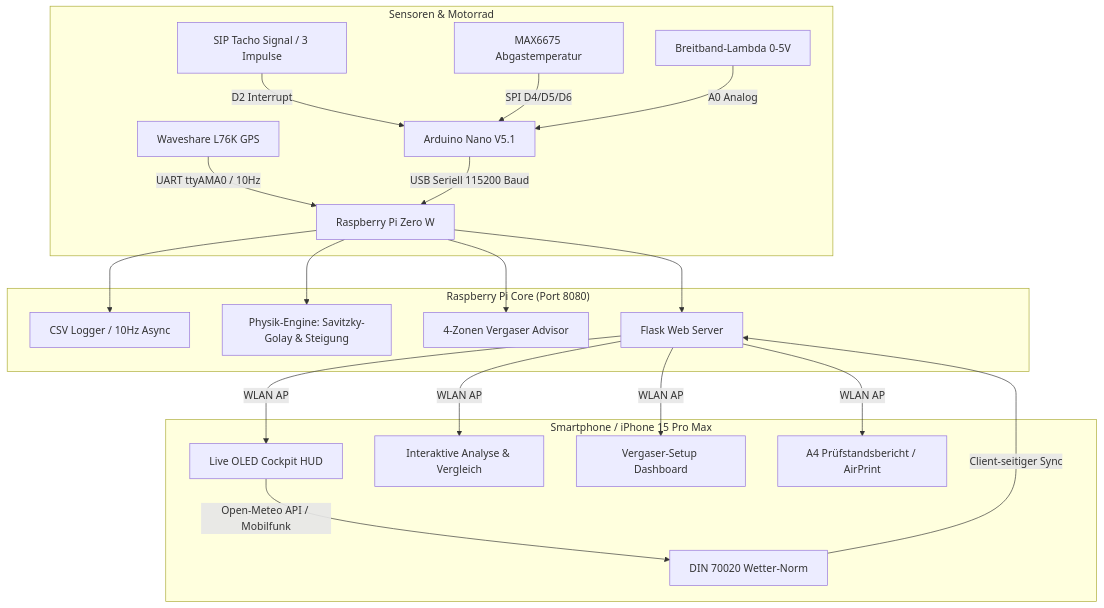
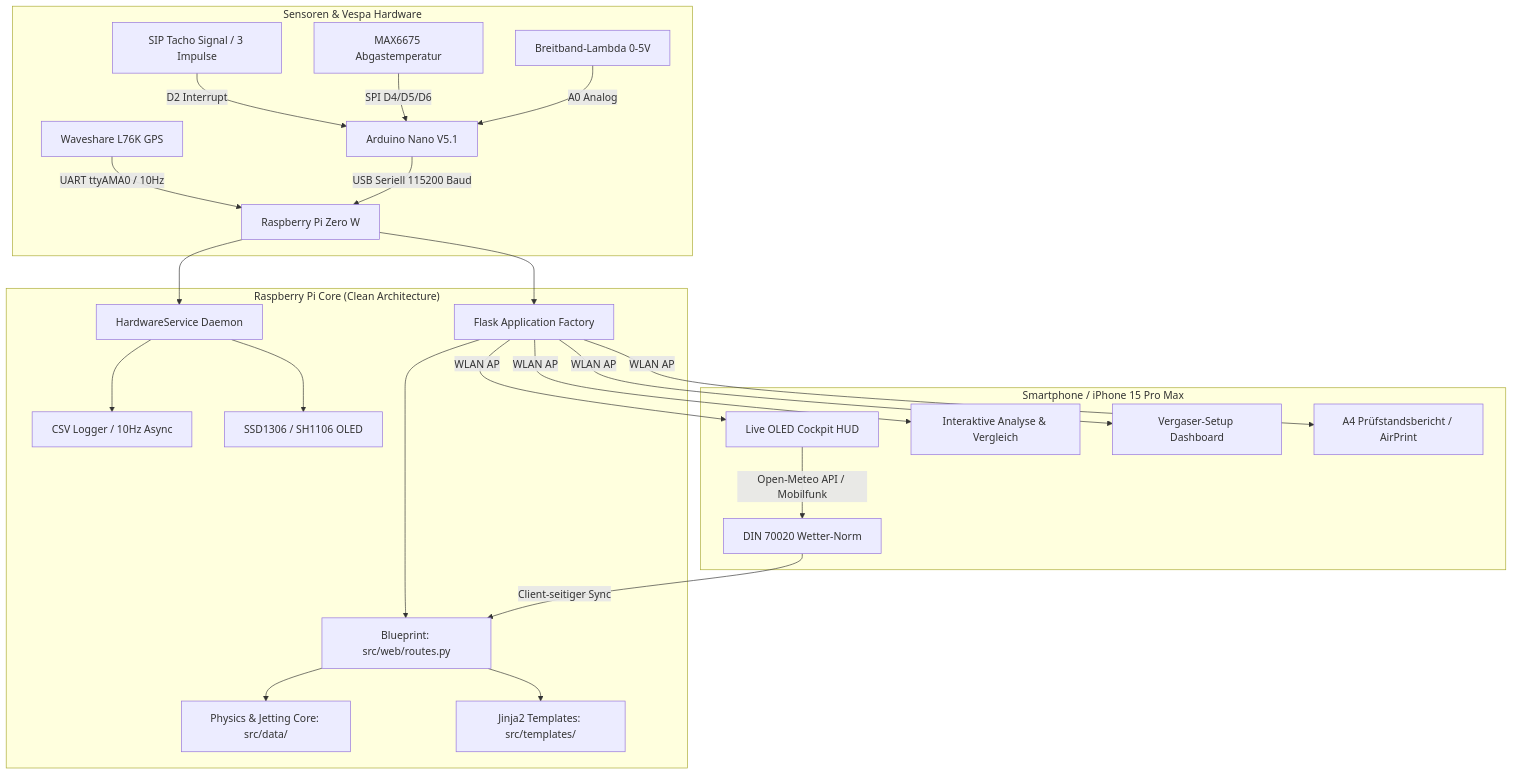
Before and after one commit to rolovsky/StreetDyno2.0: the diagram in README.md, drawn with Mermaid. The commit also changed other lines of this file, not shown here.

First line of the commit message:
docs(readme): document clean-code architecture, project structure, and test suite

````diff
--- a/README.md
+++ b/README.md
@@ -26,26 +29,29 @@
 ```mermaid
 flowchart TD
-    subgraph Hardware["Sensoren & Motorrad"]
+    subgraph Hardware["Sensoren & Vespa Hardware"]
         RPM[SIP Tacho Signal / 3 Impulse] -->|D2 Interrupt| ARD[Arduino Nano V5.1]
         EGT[MAX6675 Abgastemperatur] -->|SPI D4/D5/D6| ARD
         AFR[Breitband-Lambda 0-5V] -->|A0 Analog| ARD
         GPS[Waveshare L76K GPS] -->|UART ttyAMA0 / 10Hz| PI[Raspberry Pi Zero W]
         ARD -->|USB Seriell 115200 Baud| PI
     end
 
-    subgraph PiCore["Raspberry Pi Core (Port 8080)"]
-        PI --> LOG[CSV Logger / 10Hz Async]
-        PI --> PHY[Physik-Engine: Savitzky-Golay & Steigung]
-        PI --> JET[4-Zonen Vergaser Advisor]
-        PI --> WEB[Flask Web Server]
+    subgraph PiCore["Raspberry Pi Core (Clean Architecture)"]
+        PI --> HWS[HardwareService Daemon]
+        HWS --> LOG[CSV Logger / 10Hz Async]
+        HWS --> DISP[SSD1306 / SH1106 OLED]
+        PI --> FLASK[Flask Application Factory]
+        FLASK --> BP[Blueprint: src/web/routes.py]
+        BP --> DATA[Physics & Jetting Core: src/data/]
+        BP --> TPL[Jinja2 Templates: src/templates/]
     end
 
     subgraph Cockpit["Smartphone / iPhone 15 Pro Max"]
-        WEB -->|WLAN AP| HUD[Live OLED Cockpit HUD]
-        WEB -->|WLAN AP| ANA[Interaktive Analyse & Vergleich]
-        WEB -->|WLAN AP| TUN[Vergaser-Setup Dashboard]
-        WEB -->|WLAN AP| PDF[A4 Prüfstandsbericht / AirPrint]
+        FLASK -->|WLAN AP| HUD[Live OLED Cockpit HUD]
+        FLASK -->|WLAN AP| ANA[Interaktive Analyse & Vergleich]
+        FLASK -->|WLAN AP| TUN[Vergaser-Setup Dashboard]
+        FLASK -->|WLAN AP| PDF[A4 Prüfstandsbericht / AirPrint]
         HUD -->|Open-Meteo API / Mobilfunk| WTR[DIN 70020 Wetter-Norm]
-        WTR -->|Client-seitiger Sync| WEB
+        WTR -->|Client-seitiger Sync| BP
     end
 ```
````
